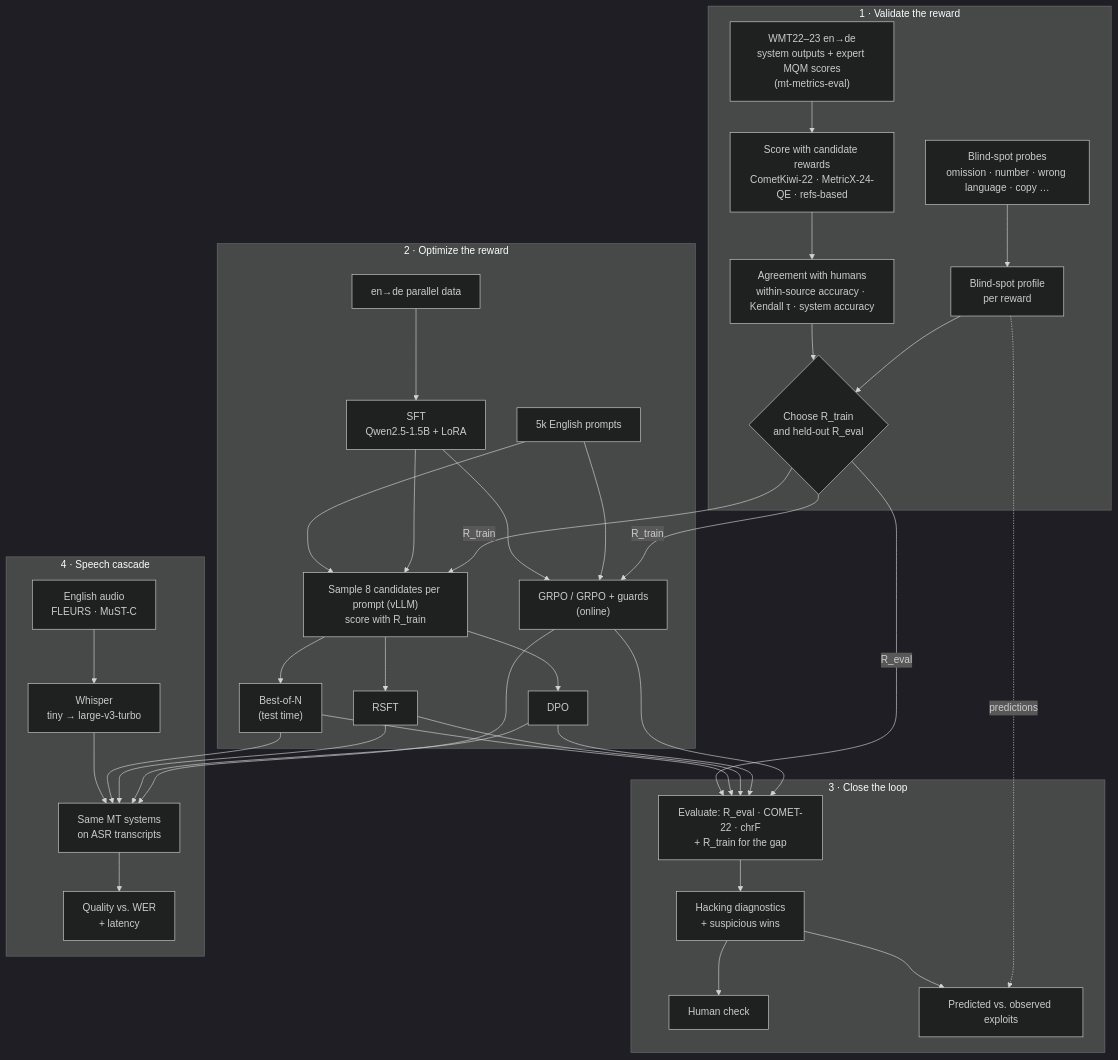
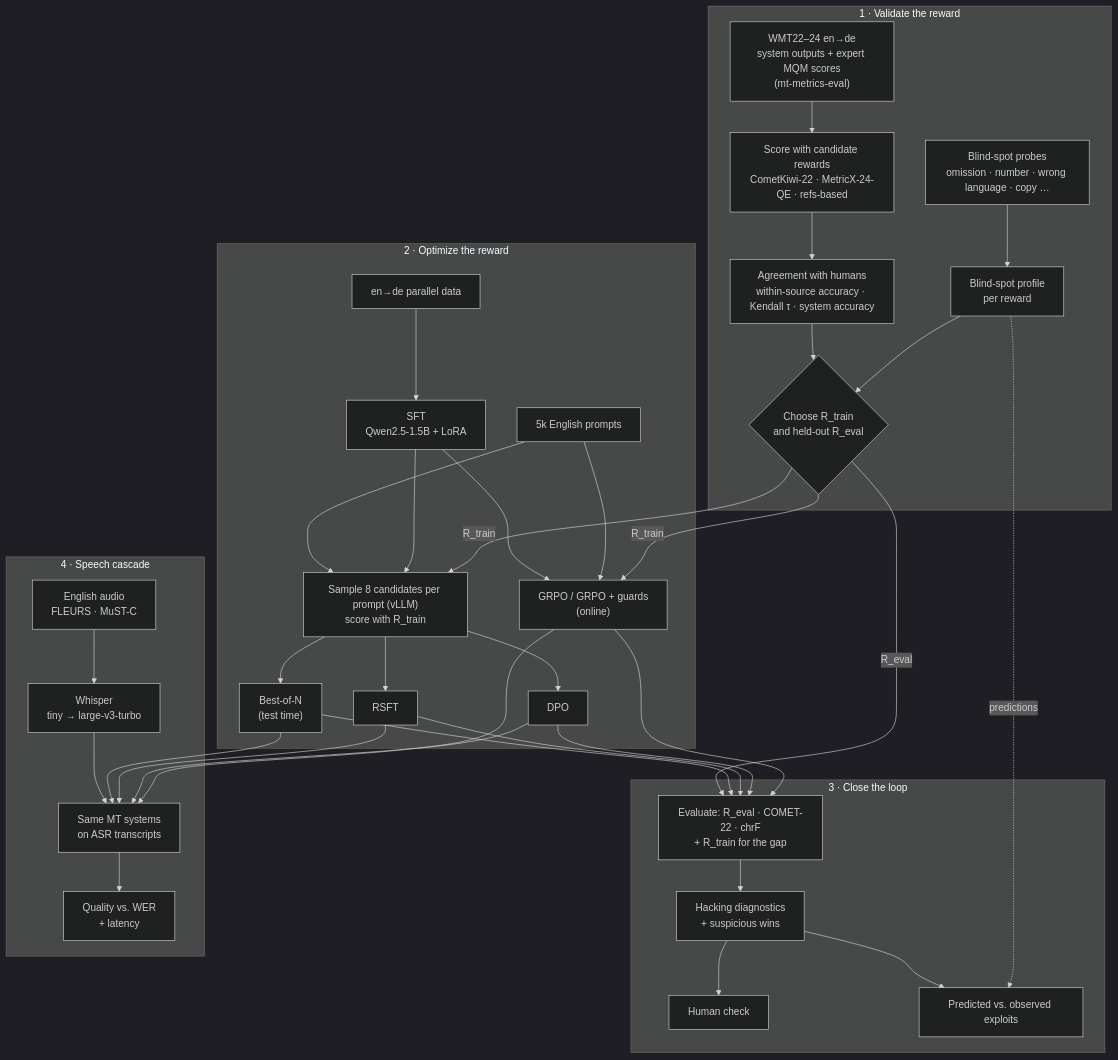
The first of 2 diagrams in docs/workflow.md (guohere/machine-translation-with-RLHF), drawn with Mermaid (dark theme) before and after one commit. The commit also changed other lines of this file and 9 other files, not shown here.

````diff
--- a/docs/workflow.md
+++ b/docs/workflow.md
@@ -11,40 +11,40 @@
 ```mermaid
 flowchart TB
     subgraph P1["1 · Validate the reward"]
-        H["WMT22–23 en→de<br/>system outputs + expert MQM scores<br/>(mt-metrics-eval)"] --> SC["Score with candidate rewards<br/>CometKiwi-22 · MetricX-24-QE · refs-based"]
+        H["WMT22–24 en→de<br/>system outputs + expert MQM scores<br/>(mt-metrics-eval)"] --> SC["Score with candidate rewards<br/>CometKiwi-22 · MetricX-24-QE · refs-based"]
         SC --> AG["Agreement with humans<br/>within-source accuracy · Kendall τ · system accuracy"]
         PB["Blind-spot probes<br/>omission · number · wrong language · copy …"] --> BS["Blind-spot profile<br/>per reward"]
         AG --> SEL{"Choose R_train<br/>and held-out R_eval"}
         BS --> SEL
     end
 
     subgraph P2["2 · Optimize the reward"]
         PD["en→de parallel data"] --> SFT["SFT<br/>Qwen2.5-1.5B + LoRA"]
         PP["5k English prompts"] --> SMP["Sample 8 candidates per prompt (vLLM)<br/>score with R_train"]
         SFT --> SMP
         SMP --> BON["Best-of-N<br/>(test time)"]
         SMP --> RSFT["RSFT"]
         SMP --> DPO["DPO"]
         SFT --> GRPO["GRPO / GRPO + guards<br/>(online)"]
         PP --> GRPO
     end
 
     subgraph P3["3 · Close the loop"]
         EV["Evaluate: R_eval · COMET-22 · chrF<br/>+ R_train for the gap"] --> HK["Hacking diagnostics<br/>+ suspicious wins"]
         HK --> HC["Human check"]
         HK --> LNK["Predicted vs. observed exploits"]
     end
 
     subgraph P4["4 · Speech cascade"]
         AU["English audio<br/>FLEURS · MuST-C"] --> ASR["Whisper<br/>tiny → large-v3-turbo"]
         ASR --> CAS["Same MT systems<br/>on ASR transcripts"]
         CAS --> ROB["Quality vs. WER<br/>+ latency"]
     end
 
     SEL -->|R_train| SMP
     SEL -->|R_train| GRPO
     SEL -->|R_eval| EV
     BON & RSFT & DPO & GRPO --> EV
     BS -.->|predictions| LNK
     BON & RSFT & DPO & GRPO --> CAS
 ```
````
